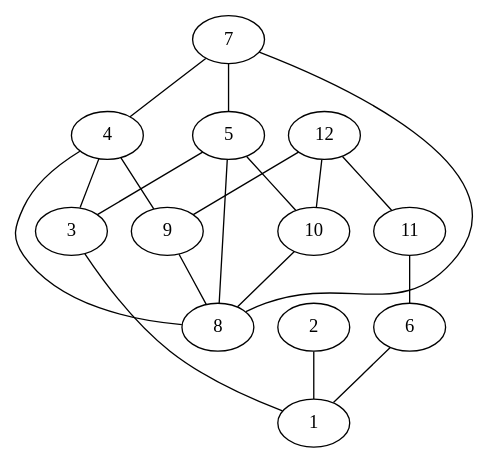
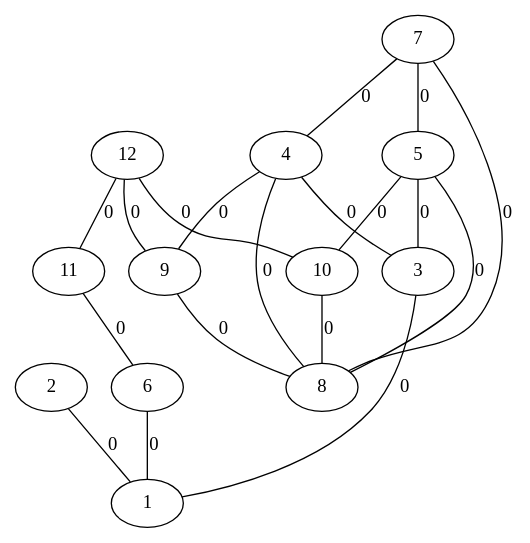
The diagram in heuristic_acyc.dot (hugomoura10/DataVisualization), drawn with Graphviz before and after one commit. The commit also changed 2 other files, not shown here.

```diff
--- a/heuristic_acyc.dot
+++ b/heuristic_acyc.dot
@@ -1,32 +1,32 @@
 graph G {
 1;
 2;
 3;
 4;
 5;
 6;
 7;
 8;
 9;
 10;
 11;
 12;
-2 -- 1  [label=""];
-3 -- 1  [label=""];
-4 -- 3  [label=""];
-4 -- 9  [label=""];
-5 -- 3  [label=""];
-5 -- 10  [label=""];
-6 -- 1  [label=""];
-7 -- 4  [label=""];
-7 -- 5  [label=""];
-9 -- 8  [label=""];
-10 -- 8  [label=""];
-11 -- 6  [label=""];
-12 -- 9  [label=""];
-12 -- 10  [label=""];
-12 -- 11  [label=""];
-7 -- 8  [label=""];
-4 -- 8  [label=""];
-5 -- 8  [label=""];
+2 -- 1  [label=0];
+3 -- 1  [label=0];
+4 -- 3  [label=0];
+4 -- 9  [label=0];
+5 -- 3  [label=0];
+5 -- 10  [label=0];
+6 -- 1  [label=0];
+7 -- 4  [label=0];
+7 -- 5  [label=0];
+9 -- 8  [label=0];
+10 -- 8  [label=0];
+11 -- 6  [label=0];
+12 -- 9  [label=0];
+12 -- 10  [label=0];
+12 -- 11  [label=0];
+7 -- 8  [label=0];
+4 -- 8  [label=0];
+5 -- 8  [label=0];
 }
```
